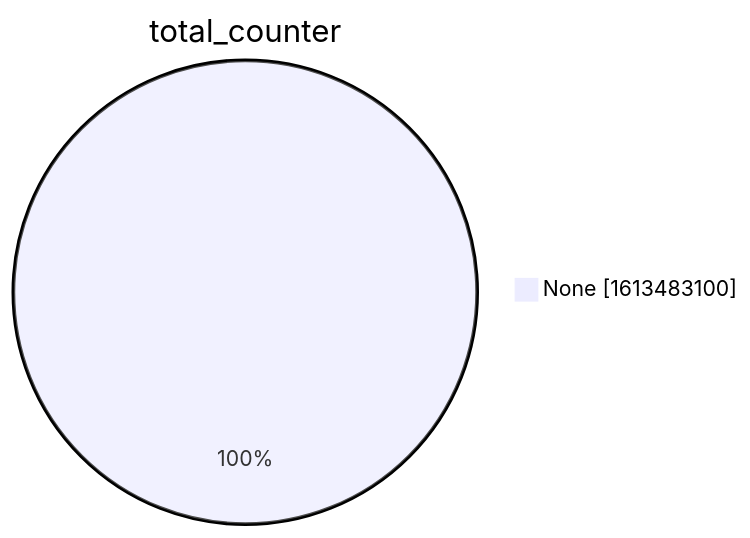
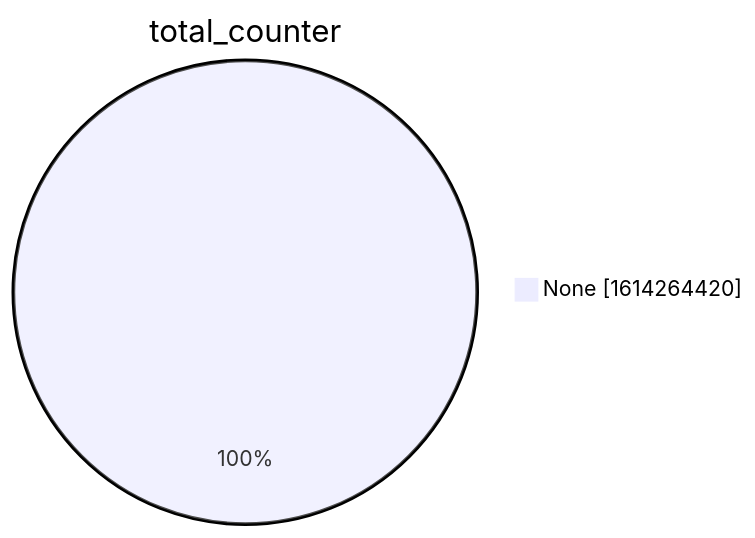
Before and after one commit to christiankrug/ctmonitor_visualization: the second of 15 diagrams in xenon2022/README.md, drawn with Mermaid. The commit also changed other lines of this file, not shown here.

````diff
--- a/xenon2022/README.md
+++ b/xenon2022/README.md
@@ -9,5 +9,5 @@
 ```mermaid
 pie showData
 title total_counter
-"None" :1613483100
+"None" :1614264420
 ```
````
